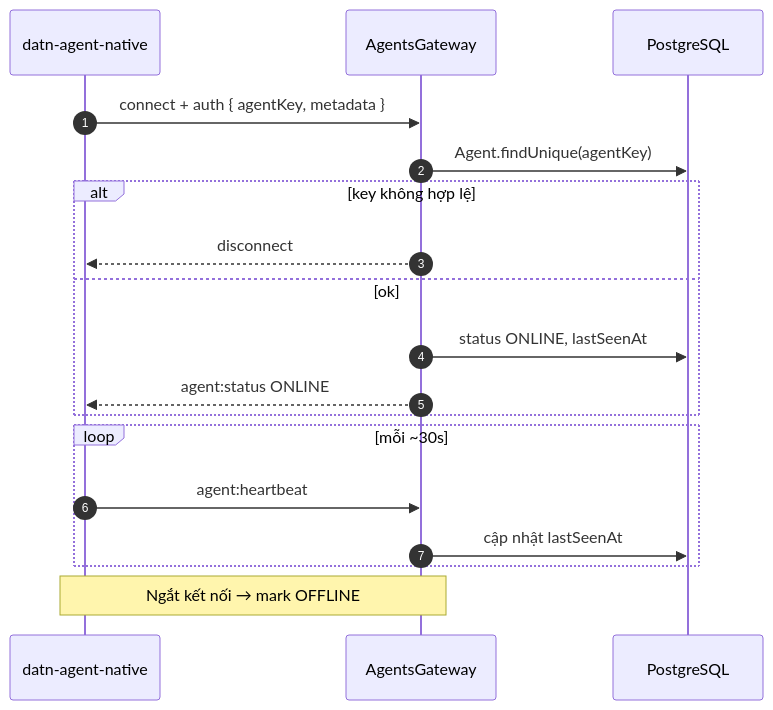
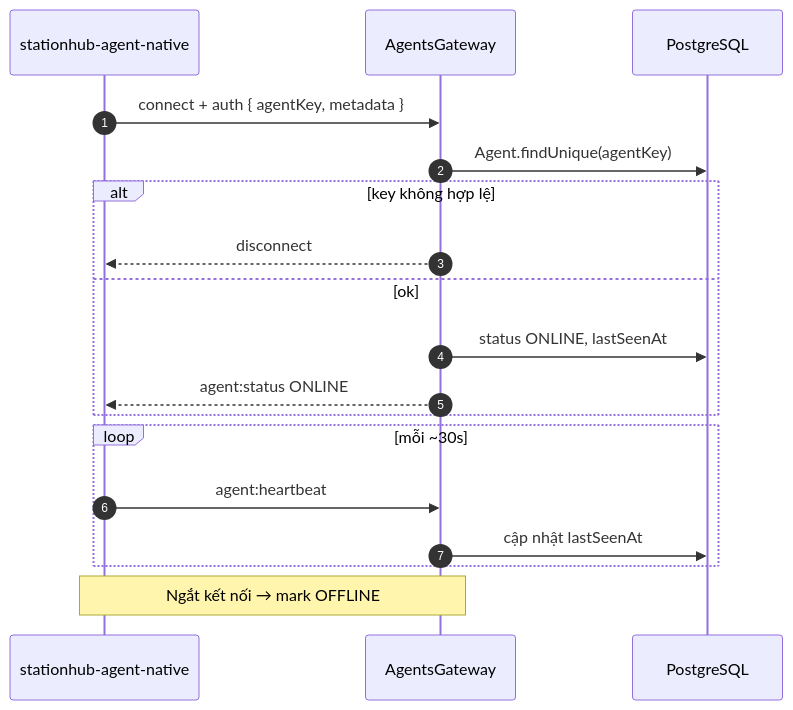
Before and after one commit to Daviseraaa/tdoan_remote_datn: the second of 12 diagrams in docs/project-memory/flows.md, drawn with Mermaid. The commit also changed other lines of this file and 376 other files, not shown here.

````diff
--- a/docs/project-memory/flows.md
+++ b/docs/project-memory/flows.md
@@ -55,23 +55,23 @@
 ```mermaid
 sequenceDiagram
   autonumber
-  participant A as datn-agent-native
+  participant A as stationhub-agent-native
   participant GW as AgentsGateway
   participant DB as PostgreSQL
 
   A->>GW: connect + auth { agentKey, metadata }
   GW->>DB: Agent.findUnique(agentKey)
   alt key không hợp lệ
     GW-->>A: disconnect
   else ok
     GW->>DB: status ONLINE, lastSeenAt
     GW-->>A: agent:status ONLINE
   end
 
   loop mỗi ~30s
     A->>GW: agent:heartbeat
     GW->>DB: cập nhật lastSeenAt
   end
 
   Note over A,GW: Ngắt kết nối → mark OFFLINE
 ```
````
